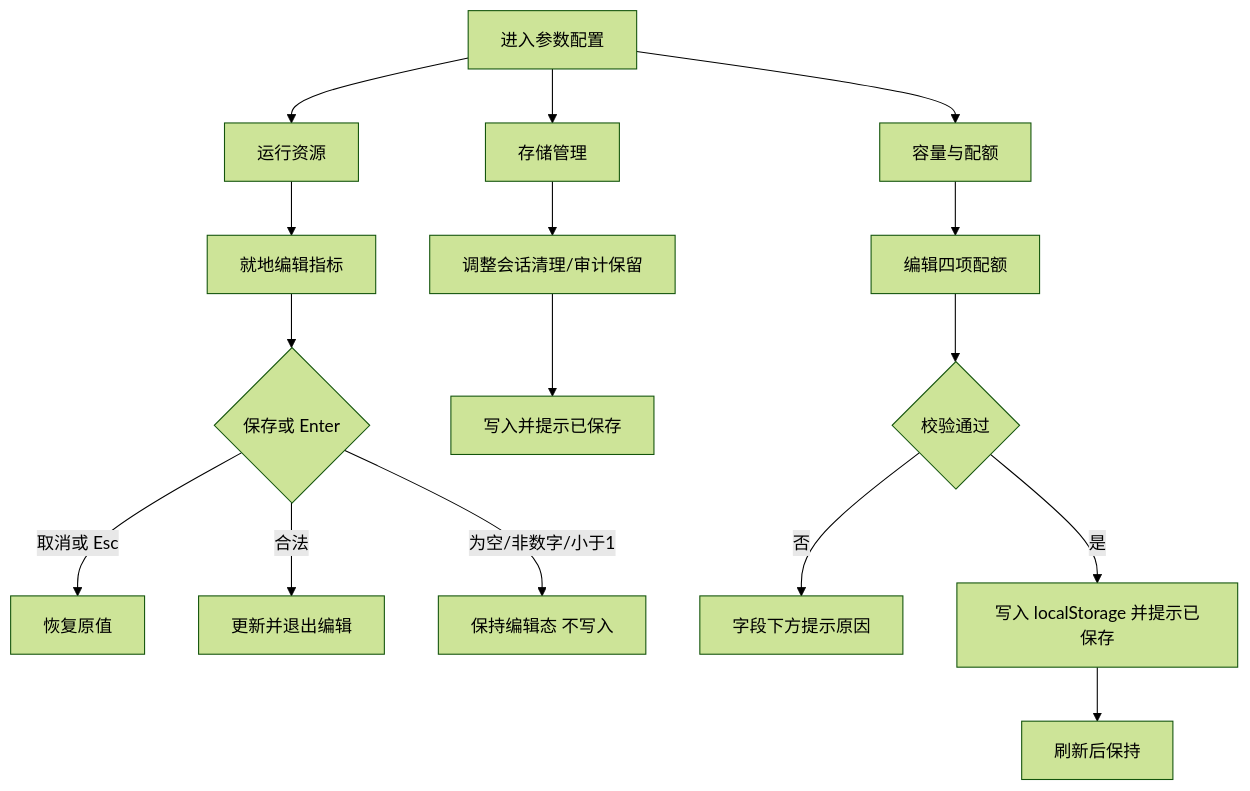
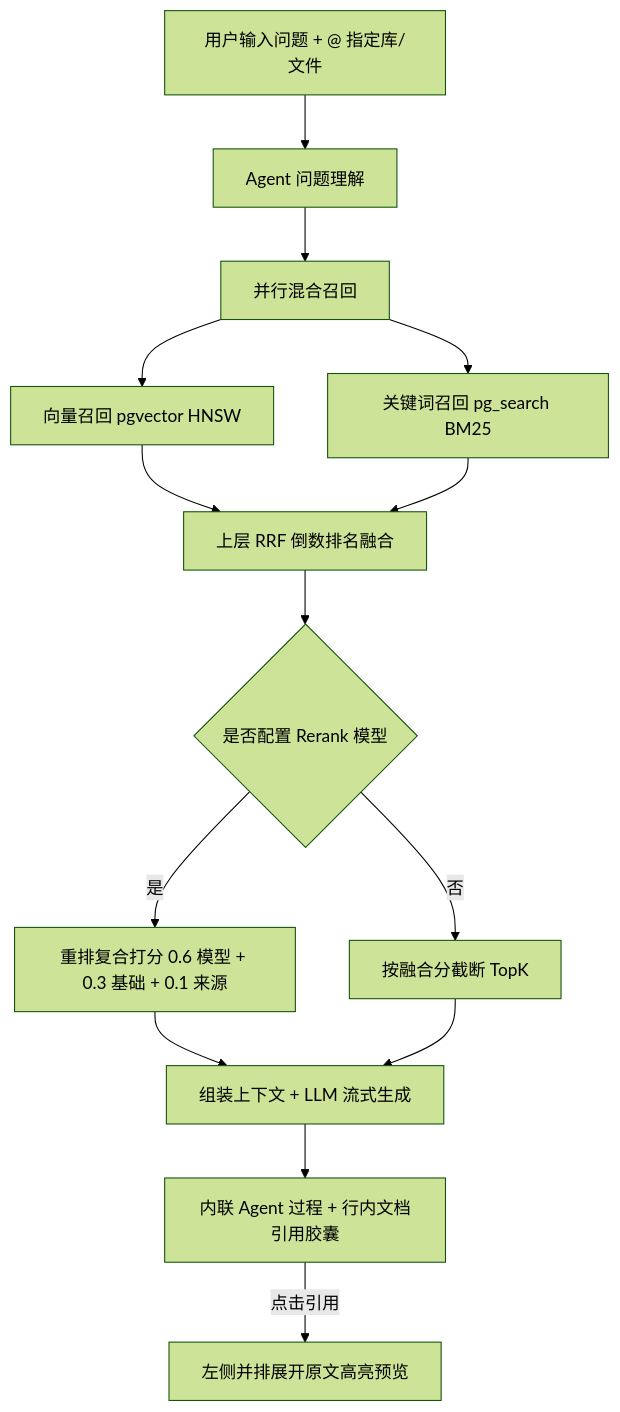
One commit to MeehanCole/prototype-platform changed the third of 3 diagrams in src/pages/智能应用/智能知识库/智能知识库/prd.md. Above: the diagram before and after it, drawn with Mermaid (forest theme). The commit also changed other lines of this file and 35 other files, not shown here.

````diff
--- a/src/pages/智能应用/智能知识库/智能知识库/prd.md
+++ b/src/pages/智能应用/智能知识库/智能知识库/prd.md
@@ -421,18 +281,16 @@
 ```mermaid
 flowchart TD
-    A[进入参数配置] --> B[运行资源]
-    B --> C[就地编辑指标]
-    C --> D{保存或 Enter}
-    D -->|取消或 Esc| E[恢复原值]
-    D -->|合法| F[更新并退出编辑]
-    D -->|为空/非数字/小于1| G[保持编辑态 不写入]
-    A --> H[存储管理]
-    H --> I[调整会话清理/审计保留]
-    I --> J[写入并提示已保存]
-    A --> K[容量与配额]
-    K --> L[编辑四项配额]
-    L --> M{校验通过}
-    M -->|否| N[字段下方提示原因]
-    M -->|是| O[写入 localStorage 并提示已保存]
-    O --> P[刷新后保持]
+    A[用户输入问题 + @ 指定库/文件] --> B[Agent 问题理解]
+    B --> C[并行混合召回]
+    C --> D[向量召回 pgvector HNSW]
+    C --> E[关键词召回 pg_search BM25]
+    D --> F[上层 RRF 倒数排名融合]
+    E --> F
+    F --> G{是否配置 Rerank 模型}
+    G -->|是| H[重排复合打分 0.6 模型 + 0.3 基础 + 0.1 来源]
+    G -->|否| I[按融合分截断 TopK]
+    H --> J[组装上下文 + LLM 流式生成]
+    I --> J
+    J --> K[内联 Agent 过程 + 行内文档引用胶囊]
+    K -->|点击引用| L[左侧并排展开原文高亮预览]
 ```
````
